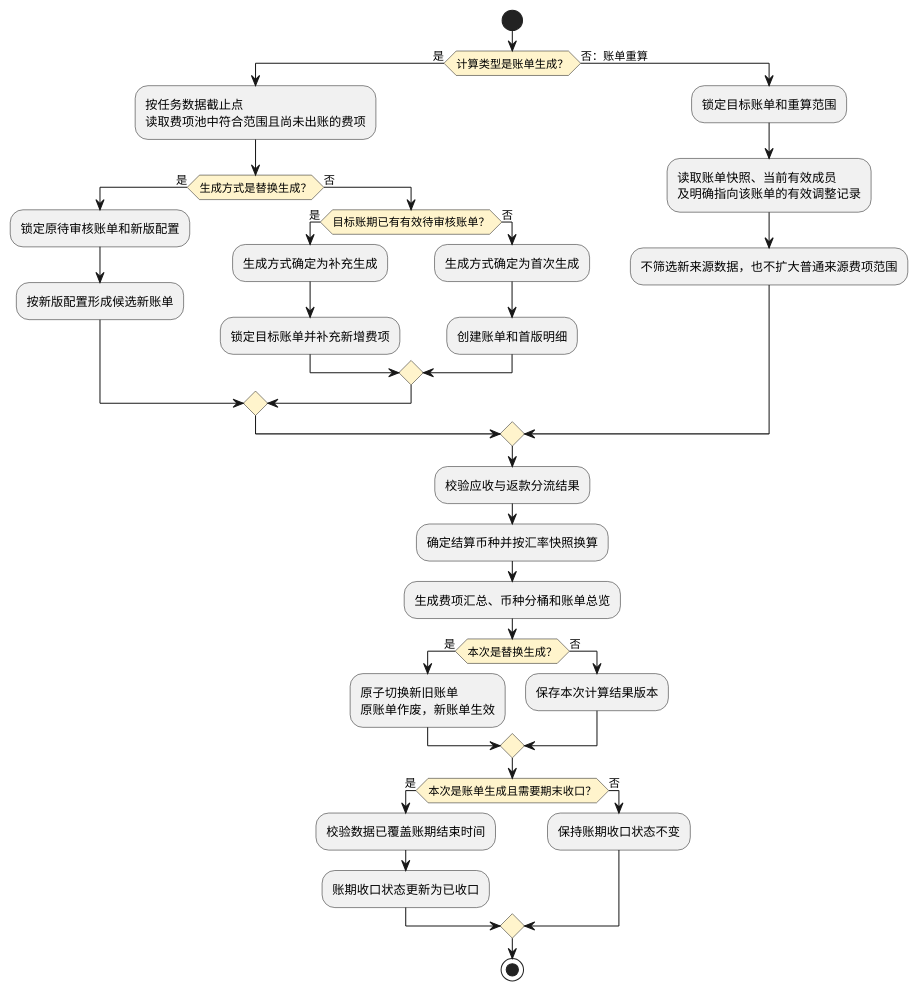
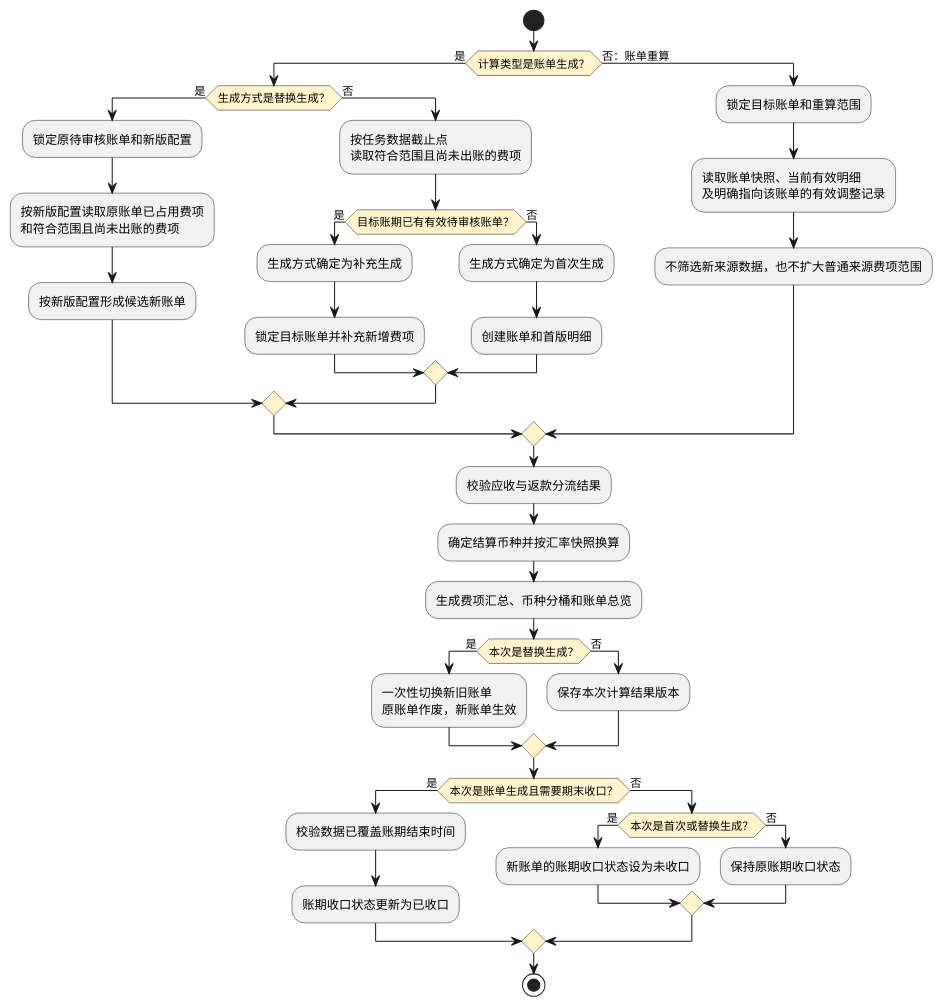
One commit to jack888332/projects-doc changed the tenth of 19 diagrams in product-caliber/bms/prd/账单系统.PRD.md. Above: the diagram before and after it, drawn with PlantUML. The commit also changed other lines of this file, not shown here.

````diff
--- a/product-caliber/bms/prd/账单系统.PRD.md
+++ b/product-caliber/bms/prd/账单系统.PRD.md
@@ -1607,42 +1604,47 @@
 ```plantuml
 @startuml
 skinparam activityDiamondBackgroundColor #FFF4CC
 
 start
 if (计算类型是账单生成？) then (是)
-  :按任务数据截止点\n读取费项池中符合范围且尚未出账的费项;
   if (生成方式是替换生成？) then (是)
     :锁定原待审核账单和新版配置;
+    :按新版配置读取原账单已占用费项\n和符合范围且尚未出账的费项;
     :按新版配置形成候选新账单;
   else (否)
+    :按任务数据截止点\n读取符合范围且尚未出账的费项;
     if (目标账期已有有效待审核账单？) then (是)
       :生成方式确定为补充生成;
       :锁定目标账单并补充新增费项;
     else (否)
       :生成方式确定为首次生成;
       :创建账单和首版明细;
     endif
   endif
 else (否：账单重算)
   :锁定目标账单和重算范围;
-  :读取账单快照、当前有效成员\n及明确指向该账单的有效调整记录;
+  :读取账单快照、当前有效明细\n及明确指向该账单的有效调整记录;
   :不筛选新来源数据，也不扩大普通来源费项范围;
 endif
 
 :校验应收与返款分流结果;
 :确定结算币种并按汇率快照换算;
 :生成费项汇总、币种分桶和账单总览;
 if (本次是替换生成？) then (是)
-  :原子切换新旧账单\n原账单作废，新账单生效;
+  :一次性切换新旧账单\n原账单作废，新账单生效;
 else (否)
   :保存本次计算结果版本;
 endif
 if (本次是账单生成且需要期末收口？) then (是)
   :校验数据已覆盖账期结束时间;
   :账期收口状态更新为已收口;
 else (否)
-  :保持账期收口状态不变;
+  if (本次是首次或替换生成？) then (是)
+    :新账单的账期收口状态设为未收口;
+  else (否)
+    :保持原账期收口状态;
+  endif
 endif
 stop
 @enduml
 ```
````
